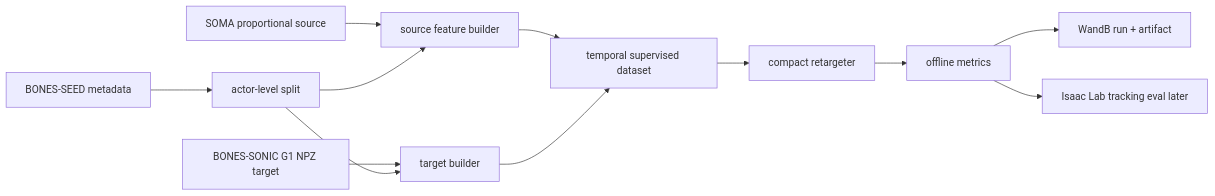
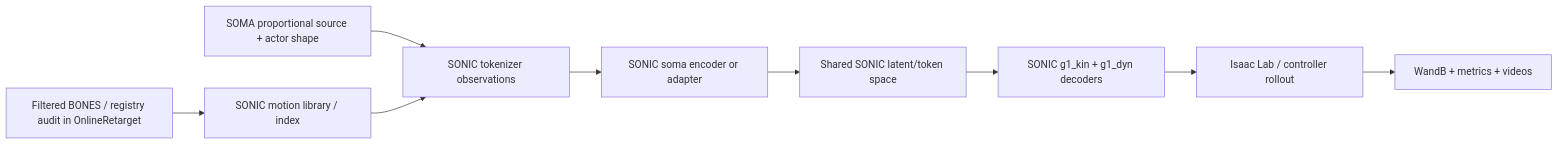
One commit to Lr-2002/OnlineRetarget_Sonic changed the first of 2 diagrams in docs/architecture.md. Above: the diagram before and after it, drawn with Mermaid. The commit also changed other lines of this file and 3 other files, not shown here.

First line of the commit message:
Keep proportional retargeting on SONIC

````diff
--- a/docs/architecture.md
+++ b/docs/architecture.md
@@ -15,14 +27,11 @@
 ```mermaid
 flowchart LR
-    A[BONES-SEED metadata] --> B[actor-level split]
-    C[SOMA proportional source] --> D[source feature builder]
-    E[BONES-SONIC G1 NPZ target] --> F[target builder]
+    A[Filtered BONES / registry audit in OnlineRetarget] --> B[SONIC motion library / index]
+    C[SOMA proportional source + actor shape] --> D[SONIC tokenizer observations]
     B --> D
-    B --> F
-    D --> G[temporal supervised dataset]
-    F --> G
-    G --> H[compact retargeter]
-    H --> I[offline metrics]
-    I --> J[WandB run + artifact]
-    I --> K[Isaac Lab tracking eval later]
+    D --> E[SONIC soma encoder or adapter]
+    E --> F[Shared SONIC latent/token space]
+    F --> G[SONIC g1_kin + g1_dyn decoders]
+    G --> H[Isaac Lab / controller rollout]
+    H --> I[WandB + metrics + videos]
 ```
````
